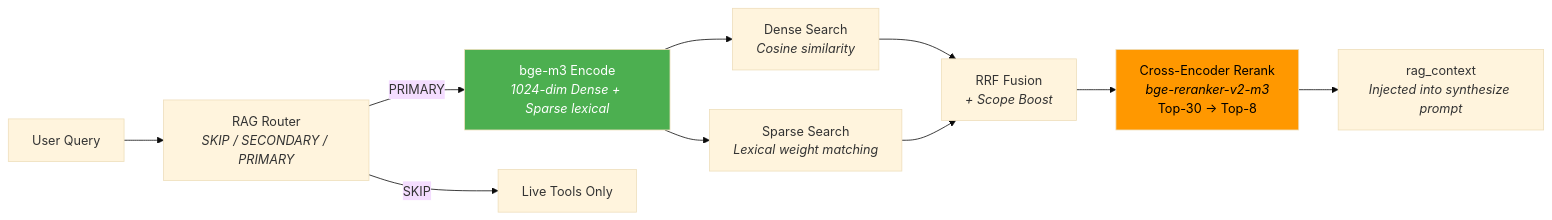
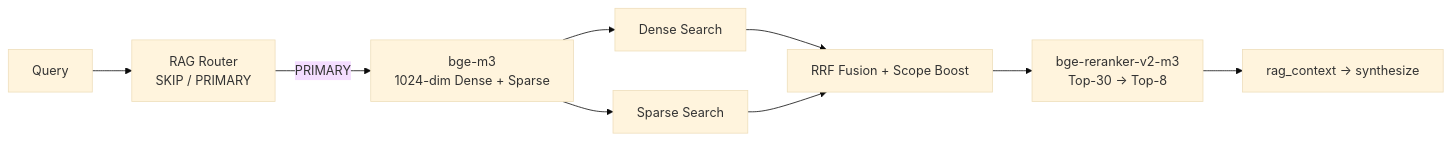
One commit to kkkano/FinSight changed the third of 3 diagrams in README.md. Above: the diagram before and after it, drawn with Mermaid (base theme). The commit also changed other lines of this file and 4 other files, not shown here.

````diff
--- a/README.md
+++ b/README.md
@@ -623,20 +278,9 @@
 ```mermaid
 flowchart LR
-    QUERY["User Query"] --> ROUTER["RAG Router<br/><i>SKIP / SECONDARY / PRIMARY</i>"]
-
-    ROUTER -->|PRIMARY| EMBED["bge-m3 Encode<br/><i>1024-dim Dense + Sparse lexical</i>"]
-    ROUTER -->|SKIP| LIVE["Live Tools Only"]
-
-    EMBED --> DENSE["Dense Search<br/><i>Cosine similarity</i>"]
-    EMBED --> SPARSE["Sparse Search<br/><i>Lexical weight matching</i>"]
-
-    DENSE --> RRF["RRF Fusion<br/><i>+ Scope Boost</i>"]
-    SPARSE --> RRF
-
-    RRF --> RERANK["Cross-Encoder Rerank<br/><i>bge-reranker-v2-m3</i><br/>Top-30 → Top-8"]
-
-    RERANK --> OUTPUT["rag_context<br/><i>Injected into synthesize prompt</i>"]
-
-    style EMBED fill:#4caf50,color:#fff
-    style RERANK fill:#ff9800,color:#000
+    Q["Query"] --> R["RAG Router<br/>SKIP / PRIMARY"]
+    R -->|PRIMARY| E["bge-m3<br/>1024-dim Dense + Sparse"]
+    E --> D["Dense Search"] & S["Sparse Search"]
+    D & S --> RRF["RRF Fusion + Scope Boost"]
+    RRF --> RE["bge-reranker-v2-m3<br/>Top-30 → Top-8"]
+    RE --> OUT["rag_context → synthesize"]
 ```
````
